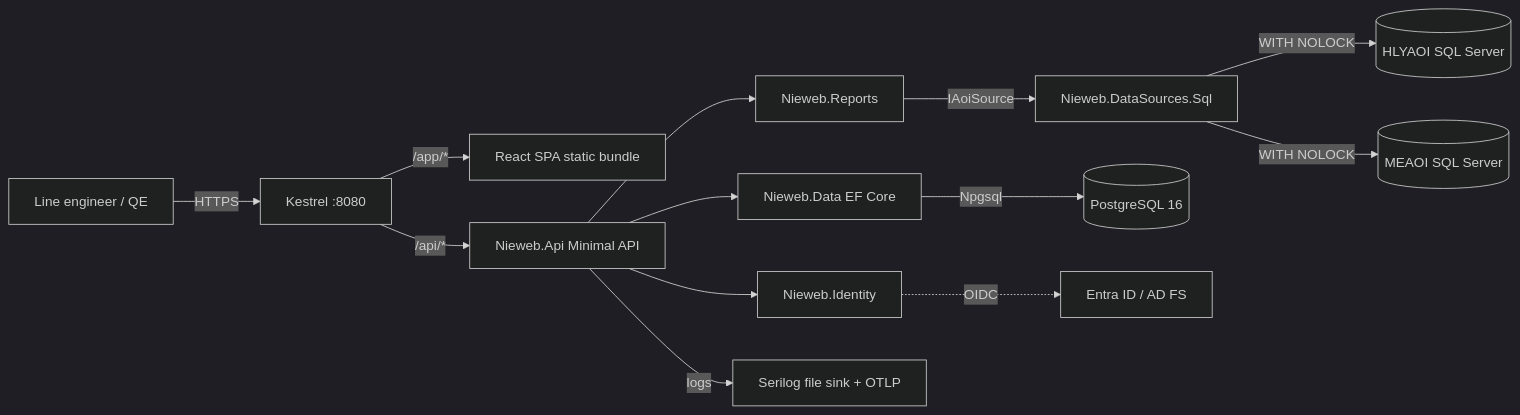
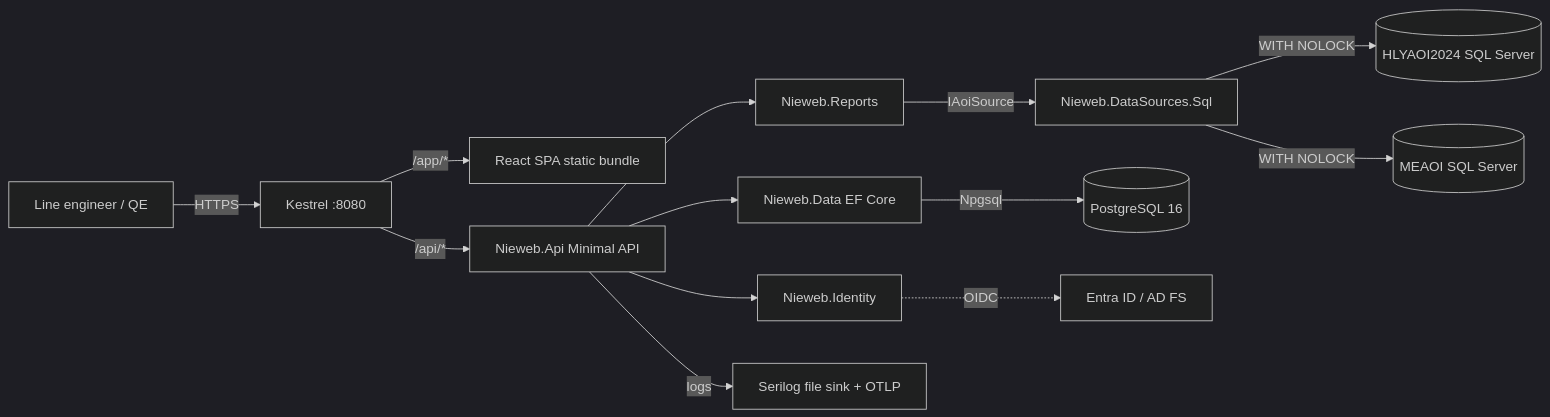
The diagram in docs/phase-1-mvp.md (Blonk854/nieweb), drawn with Mermaid (dark theme) before and after one commit. The commit also changed other lines of this file and 10 other files, not shown here.

````diff
--- a/docs/phase-1-mvp.md
+++ b/docs/phase-1-mvp.md
@@ -145,15 +145,15 @@
 ```mermaid
 flowchart LR
     U[Line engineer / QE] -->|HTTPS| K[Kestrel :8080]
     K -->|/app/*| S[React SPA static bundle]
     K -->|/api/*| A[Nieweb.Api Minimal API]
     A --> R[Nieweb.Reports]
     R -->|IAoiSource| DS[Nieweb.DataSources.Sql]
-    DS -->|WITH NOLOCK| H[(HLYAOI SQL Server)]
+    DS -->|WITH NOLOCK| H[(HLYAOI2024 SQL Server)]
     DS -->|WITH NOLOCK| M[(MEAOI SQL Server)]
     A --> I[Nieweb.Identity]
     A --> D[Nieweb.Data EF Core]
     D -->|Npgsql| P[(PostgreSQL 16)]
     I -.OIDC.-> E[Entra ID / AD FS]
     A -->|logs| L[Serilog file sink + OTLP]
 ```
````
